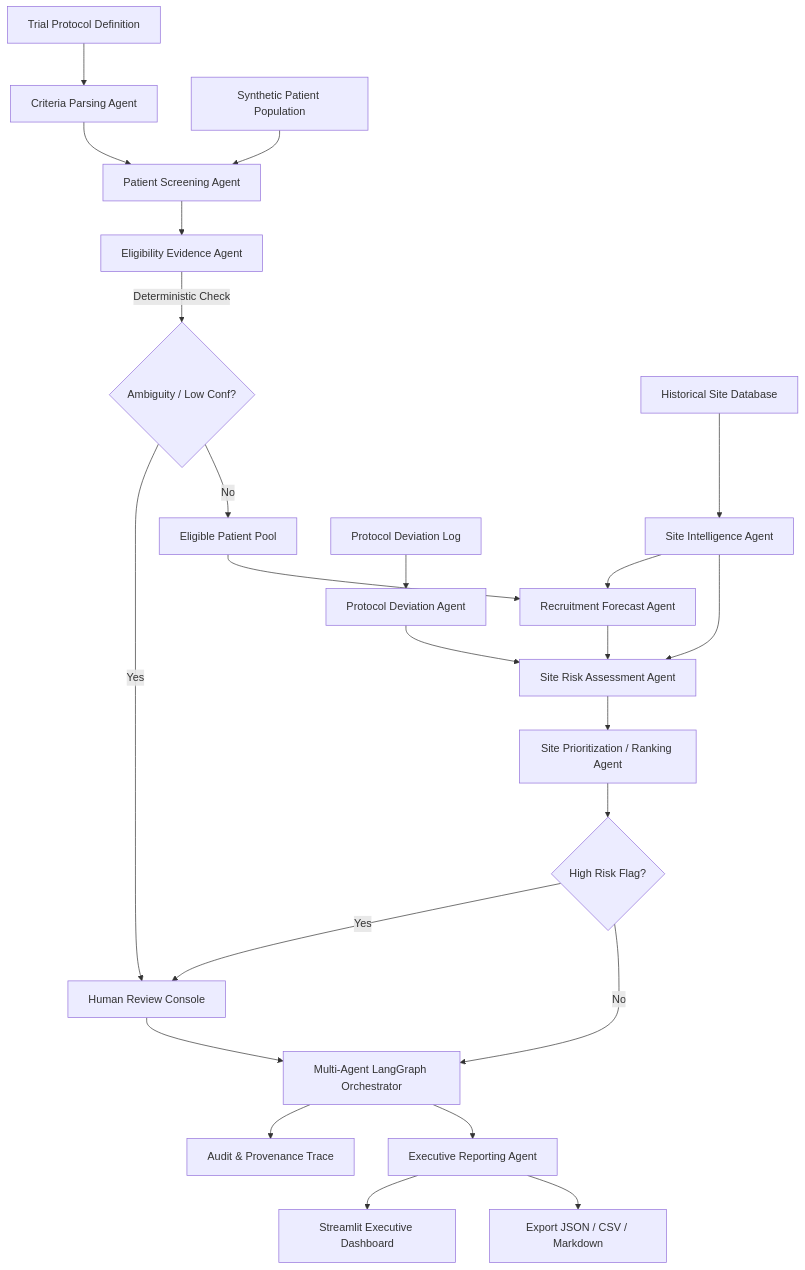
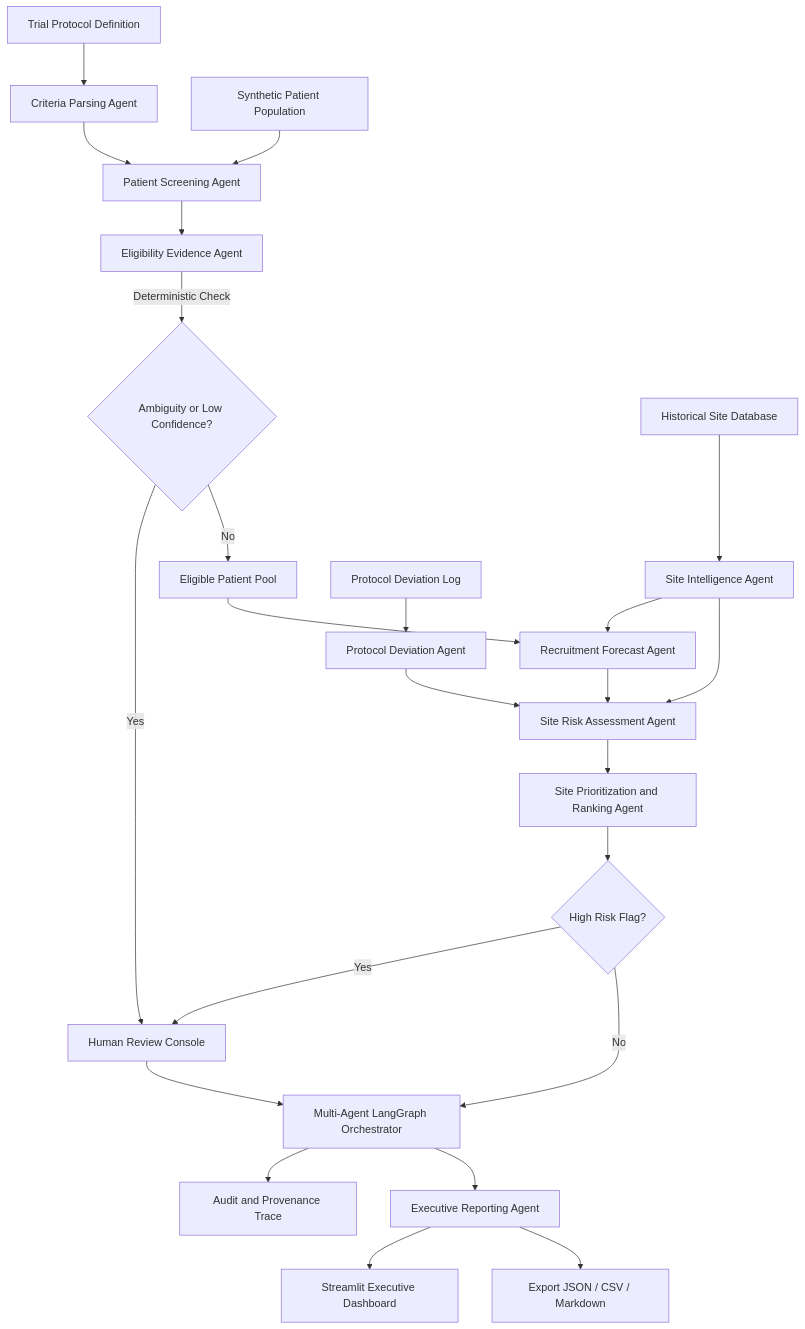
Before and after one commit to Venkat-Padimi/ClinicalDrugTrails: the diagram in implementation_plan.md, drawn with Mermaid. The commit also changed 3 other files, not shown here.

Commit message:
fix: resolve Mermaid diagram rendering in README

````diff
--- a/implementation_plan.md
+++ b/implementation_plan.md
@@ -14,31 +14,31 @@
 ```mermaid
 flowchart TD
-    A[Trial Protocol Definition] --> B[Criteria Parsing Agent]
-    C[Synthetic Patient Population] --> D[Patient Screening Agent]
+    A["Trial Protocol Definition"] --> B["Criteria Parsing Agent"]
+    C["Synthetic Patient Population"] --> D["Patient Screening Agent"]
     B --> D
-    D --> E[Eligibility Evidence Agent]
-    E -->|Deterministic Check| F{Ambiguity / Low Conf?}
-    F -->|Yes| G[Human Review Console]
-    F -->|No| H[Eligible Patient Pool]
+    D --> E["Eligibility Evidence Agent"]
+    E -->|Deterministic Check| F{"Ambiguity or Low Confidence?"}
+    F -->|Yes| G["Human Review Console"]
+    F -->|No| H["Eligible Patient Pool"]
 
-    I[Historical Site Database] --> J[Site Intelligence Agent]
-    K[Protocol Deviation Log] --> L[Protocol Deviation Agent]
+    I["Historical Site Database"] --> J["Site Intelligence Agent"]
+    K["Protocol Deviation Log"] --> L["Protocol Deviation Agent"]
     
-    H --> M[Recruitment Forecast Agent]
+    H --> M["Recruitment Forecast Agent"]
     J --> M
     
-    L --> N[Site Risk Assessment Agent]
+    L --> N["Site Risk Assessment Agent"]
     J --> N
     M --> N
     
-    N --> O[Site Prioritization / Ranking Agent]
-    O --> P{High Risk Flag?}
+    N --> O["Site Prioritization and Ranking Agent"]
+    O --> P{"High Risk Flag?"}
     P -->|Yes| G
-    P -->|No| Q[Multi-Agent LangGraph Orchestrator]
+    P -->|No| Q["Multi-Agent LangGraph Orchestrator"]
     G --> Q
     
-    Q --> R[Audit & Provenance Trace]
-    Q --> S[Executive Reporting Agent]
-    S --> T[Streamlit Executive Dashboard]
-    S --> U[Export JSON / CSV / Markdown]
+    Q --> R["Audit and Provenance Trace"]
+    Q --> S["Executive Reporting Agent"]
+    S --> T["Streamlit Executive Dashboard"]
+    S --> U["Export JSON / CSV / Markdown"]
 ```
````
